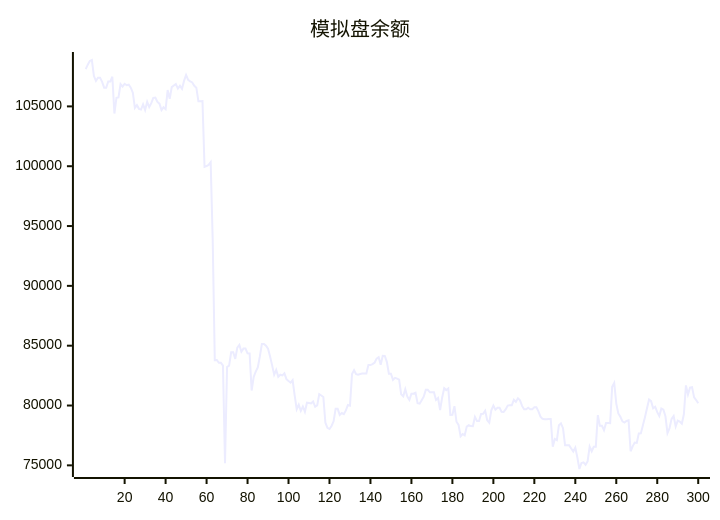
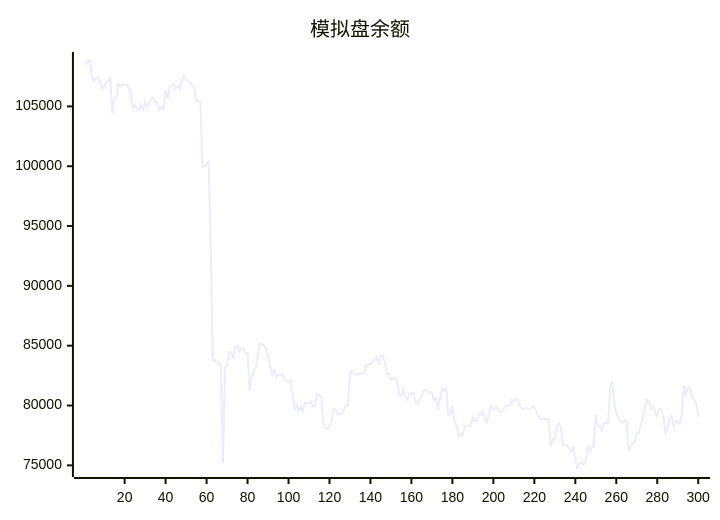
The diagram in README.md (aahl/ai-trading), drawn with Mermaid before and after one commit. The commit also changed other lines of this file and 1 other file, not shown here.

````diff
--- a/README.md
+++ b/README.md
@@ -5,5 +5,5 @@
 ```mermaid
 xychart
     title "模拟盘余额"
-    line [108115,108485,108797,108877,107536,107134,107393,107393,107046,106565,106565,107081,107081,107478,104404,105715,105749,106866,106651,106889,106771,106816,106565,106141,104876,105103,104796,104734,105169,104690,105380,104941,105272,105709,105739,105374,105227,104691,104924,104762,106364,105628,106608,106748,106872,106485,106721,106468,107132,107620,107224,107080,107001,106717,106567,105431,105431,105440,99950,100017,100113,100337,93749,83795,83807,83567,83567,83342,75168,83222,83336,84448,84449,83896,84839,85065,84499,84757,84757,84364,84347,81254,82385,82835,83184,84099,85150,85150,85002,84751,84096,83356,82582,82983,82404,82572,82512,82688,82200,82047,81920,82125,80840,79688,80060,79552,79920,79470,80236,80208,80170,80336,79894,80006,80954,80837,80712,78561,78139,78037,78293,78682,79720,79720,79214,79372,79279,79591,80046,79993,82625,82950,82626,82571,82633,82670,82670,82681,83386,83378,83464,83579,83920,84037,83402,84160,84142,83652,82655,82655,82145,82315,82243,82163,80934,80770,81371,80742,80468,80989,80989,81067,80191,80155,80450,80737,81309,81309,81106,81119,81119,80471,80631,79624,80670,81448,81290,81429,79212,79222,79940,78643,78380,77432,77623,77504,78235,78358,78284,78277,79048,78714,78714,79290,79308,79567,78763,78563,79603,79988,79652,79813,79813,79476,79469,79673,79995,80015,80015,80486,80314,80600,80436,79966,79689,79689,79819,79692,79692,79850,79850,79518,79071,78889,78850,78850,78878,78878,76554,77202,77103,78357,78510,78106,76678,76677,76672,76411,76159,76485,75656,74695,75197,75246,75052,75334,76564,76179,76553,76551,79196,78300,78300,77944,78531,78531,78521,81564,81884,80160,79335,79055,78675,78580,78708,78764,76179,76586,76902,76876,77658,77669,78346,79023,79769,80497,80366,79761,79896,79448,79126,79749,79658,79097,77695,78114,78888,79126,78249,78738,78653,78478,79271,81680,80923,81488,81527,80681,80455,80190]
+    line [108485,108797,108877,107536,107134,107393,107393,107046,106565,106565,107081,107081,107478,104404,105715,105749,106866,106651,106889,106771,106816,106565,106141,104876,105103,104796,104734,105169,104690,105380,104941,105272,105709,105739,105374,105227,104691,104924,104762,106364,105628,106608,106748,106872,106485,106721,106468,107132,107620,107224,107080,107001,106717,106567,105431,105431,105440,99950,100017,100113,100337,93749,83795,83807,83567,83567,83342,75168,83222,83336,84448,84449,83896,84839,85065,84499,84757,84757,84364,84347,81254,82385,82835,83184,84099,85150,85150,85002,84751,84096,83356,82582,82983,82404,82572,82512,82688,82200,82047,81920,82125,80840,79688,80060,79552,79920,79470,80236,80208,80170,80336,79894,80006,80954,80837,80712,78561,78139,78037,78293,78682,79720,79720,79214,79372,79279,79591,80046,79993,82625,82950,82626,82571,82633,82670,82670,82681,83386,83378,83464,83579,83920,84037,83402,84160,84142,83652,82655,82655,82145,82315,82243,82163,80934,80770,81371,80742,80468,80989,80989,81067,80191,80155,80450,80737,81309,81309,81106,81119,81119,80471,80631,79624,80670,81448,81290,81429,79212,79222,79940,78643,78380,77432,77623,77504,78235,78358,78284,78277,79048,78714,78714,79290,79308,79567,78763,78563,79603,79988,79652,79813,79813,79476,79469,79673,79995,80015,80015,80486,80314,80600,80436,79966,79689,79689,79819,79692,79692,79850,79850,79518,79071,78889,78850,78850,78878,78878,76554,77202,77103,78357,78510,78106,76678,76677,76672,76411,76159,76485,75656,74695,75197,75246,75052,75334,76564,76179,76553,76551,79196,78300,78300,77944,78531,78531,78521,81564,81884,80160,79335,79055,78675,78580,78708,78764,76179,76586,76902,76876,77658,77669,78346,79023,79769,80497,80366,79761,79896,79448,79126,79749,79658,79097,77695,78114,78888,79126,78249,78738,78653,78478,79271,81680,80923,81488,81527,80681,80455,80190,79084]
 ```
````
